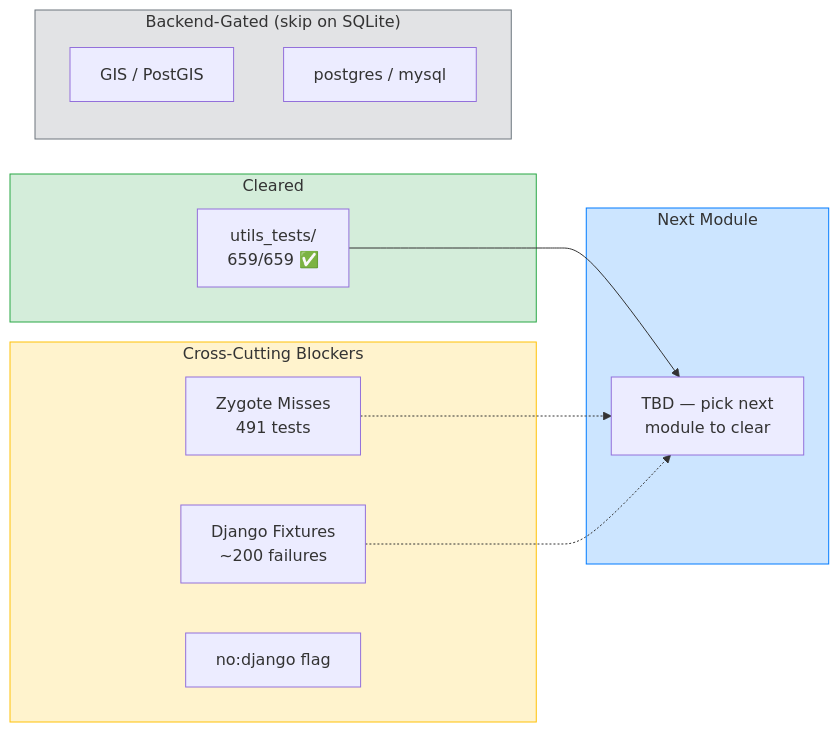
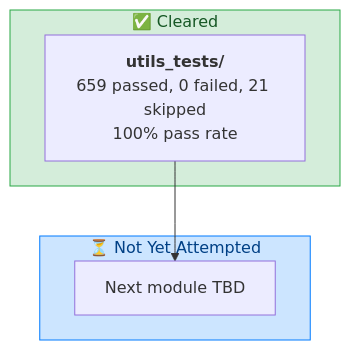
One commit to NikkeTryHard/tach-core changed the diagram in DJANGO_COMPAT.md. Above: the diagram before and after it, drawn with Mermaid. The commit also changed other lines of this file, not shown here.

Commit message:
docs: rework Django compat mermaid graph to show per-module status
Ultraworked with [Sisyphus](https://github.com/code-yeongyu/oh-my-opencode)

````diff
--- a/DJANGO_COMPAT.md
+++ b/DJANGO_COMPAT.md
@@ -7,29 +7,14 @@
 ```mermaid
-graph LR
-    subgraph Cleared
-        style Cleared fill:#d4edda,stroke:#28a745
-        U[utils_tests/<br/>659/659 ✅]
+graph TD
+    subgraph cleared["✅ Cleared"]
+        style cleared fill:#d4edda,stroke:#28a745,color:#155724
+        utils_tests["<b>utils_tests/</b><br/>659 passed, 0 failed, 21 skipped<br/>100% pass rate"]
     end
 
-    subgraph Blockers["Cross-Cutting Blockers"]
-        style Blockers fill:#fff3cd,stroke:#ffc107
-        Z[Zygote Misses<br/>491 tests]
-        F[Django Fixtures<br/>~200 failures]
-        NP["no:django flag"]
+    subgraph pending["⏳ Not Yet Attempted"]
+        style pending fill:#cce5ff,stroke:#007bff,color:#004085
+        next["Next module TBD"]
     end
 
-    subgraph Skipped["Backend-Gated (skip on SQLite)"]
-        style Skipped fill:#e2e3e5,stroke:#6c757d
-        G[GIS / PostGIS]
-        B[postgres / mysql]
-    end
-
-    subgraph Pending["Next Module"]
-        style Pending fill:#cce5ff,stroke:#007bff
-        N["TBD — pick next<br/>module to clear"]
-    end
-
-    U --> N
-    Z -.-> N
-    F -.-> N
+    utils_tests --> next
 ```
````
